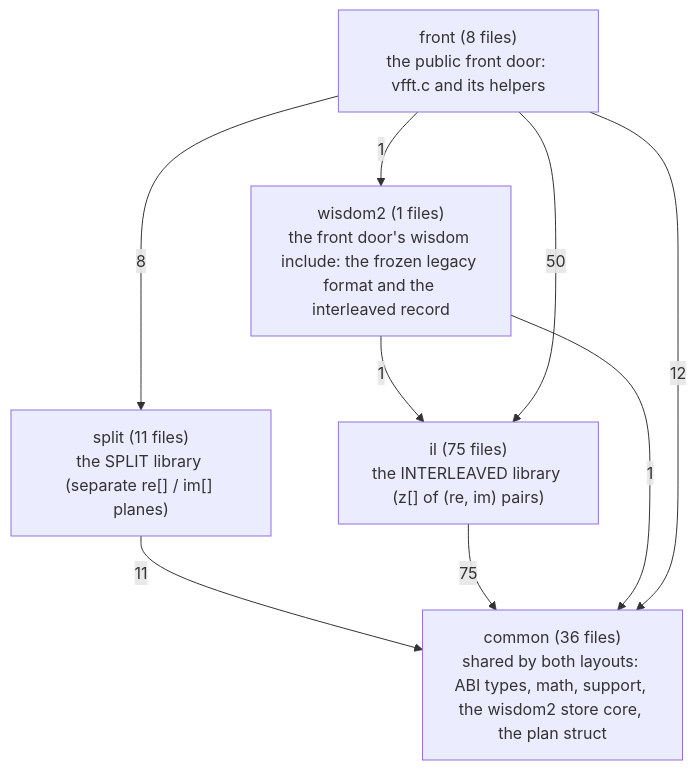
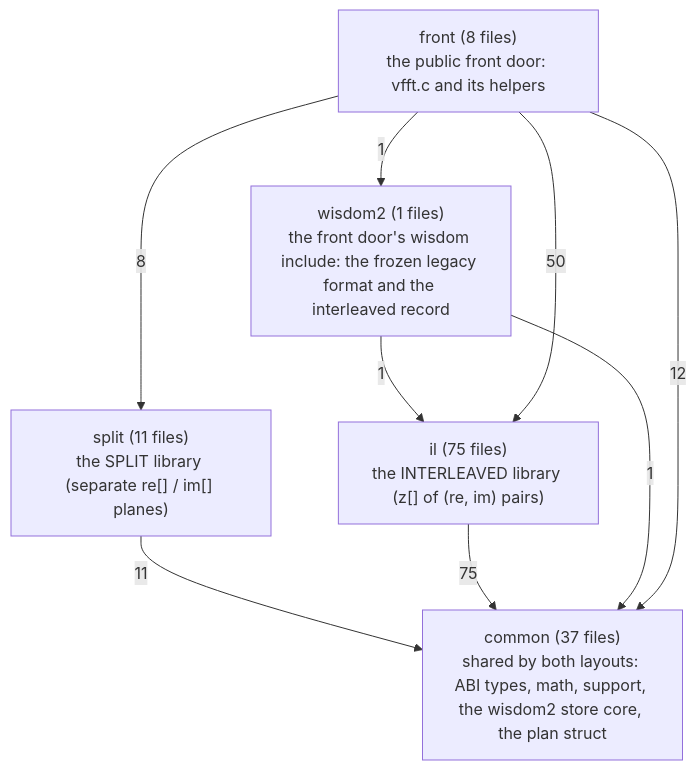
The diagram in docs/architecture/generated/zones.md (Tugbars/VectorFFT), drawn with Mermaid before and after one commit. The commit also changed 23 other files, not shown here.

````diff
--- a/docs/architecture/generated/zones.md
+++ b/docs/architecture/generated/zones.md
@@ -11,16 +11,16 @@
 ```mermaid
 flowchart TD
-    n_common["common (36 files)<br/>shared by both layouts: ABI types, math, support, the wisdom2 store core, the plan struct"]
+    n_common["common (37 files)<br/>shared by both layouts: ABI types, math, support, the wisdom2 store core, the plan struct"]
     n_split["split (11 files)<br/>the SPLIT library (separate re[] / im[] planes)"]
     n_il["il (75 files)<br/>the INTERLEAVED library (z[] of (re, im) pairs)"]
     n_wisdom2["wisdom2 (1 files)<br/>the front door's wisdom include: the frozen legacy format and the interleaved record"]
     n_front["front (8 files)<br/>the public front door: vfft.c and its helpers"]
     n_split -->|11| n_common
     n_il -->|75| n_common
     n_wisdom2 -->|1| n_common
     n_wisdom2 -->|1| n_il
     n_front -->|12| n_common
     n_front -->|8| n_split
     n_front -->|50| n_il
     n_front -->|1| n_wisdom2
 ```
````
